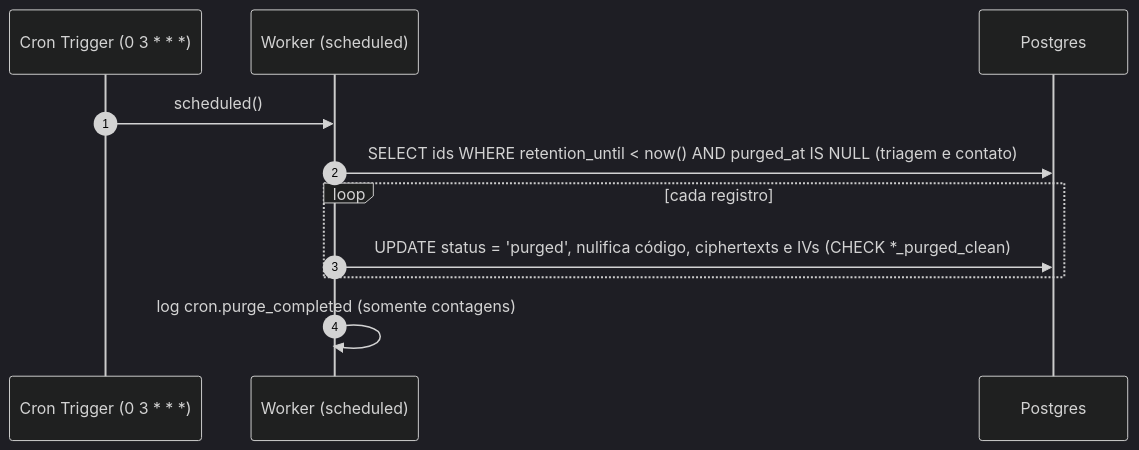
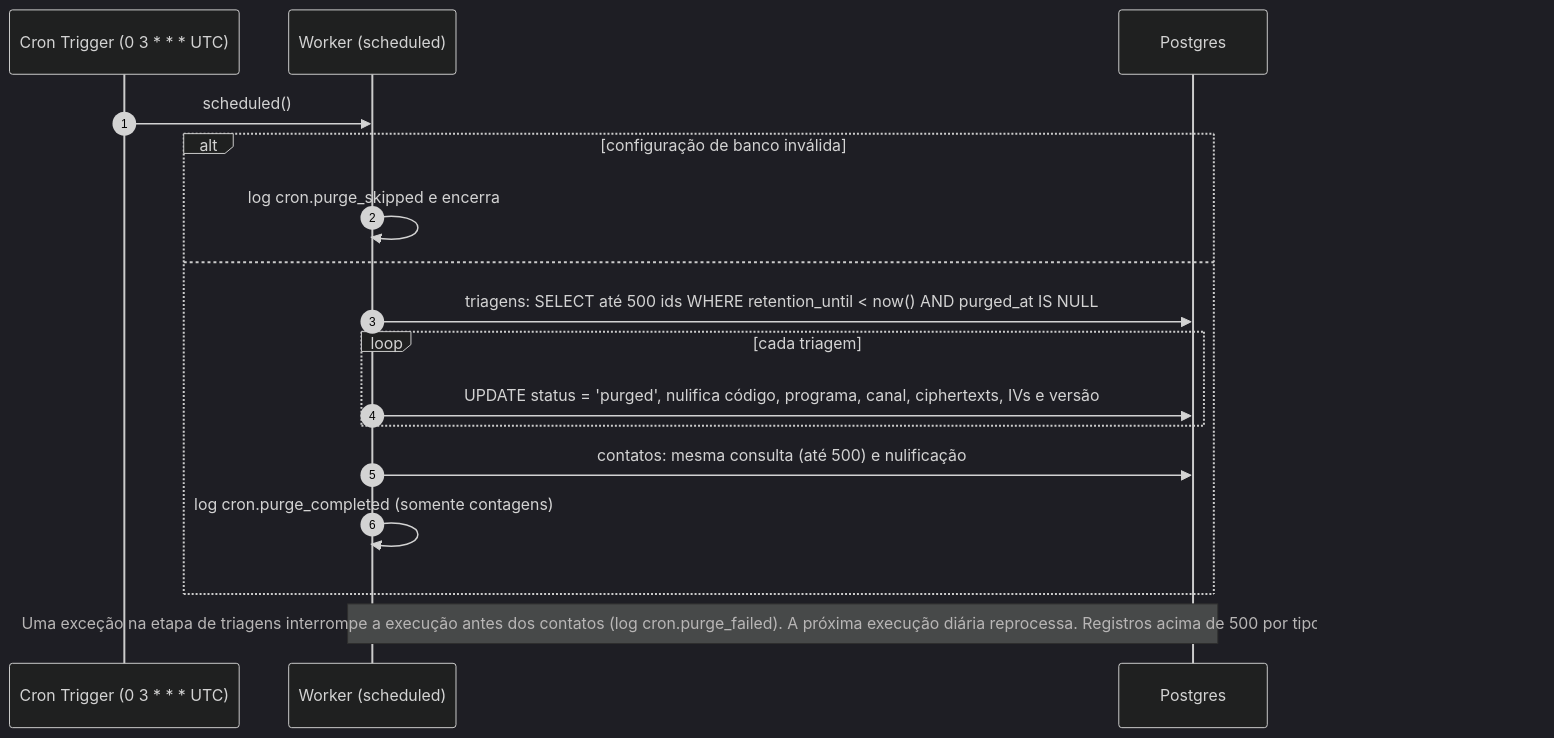
The fifth of 6 diagrams in docs/architecture/sequence-diagrams.md (purelifeministriesbrasil/documentation), drawn with Mermaid (dark theme) before and after one commit. The commit also changed other lines of this file and 36 other files, not shown here.

````diff
--- a/docs/architecture/sequence-diagrams.md
+++ b/docs/architecture/sequence-diagrams.md
@@ -117,14 +142,20 @@
 ```mermaid
 sequenceDiagram
     autonumber
-    participant C as Cron Trigger (0 3 * * *)
+    participant C as Cron Trigger (0 3 * * * UTC)
     participant W as Worker (scheduled)
     participant DB as Postgres
 
     C->>W: scheduled()
-    W->>DB: SELECT ids WHERE retention_until < now() AND purged_at IS NULL (triagem e contato)
-    loop cada registro
-        W->>DB: UPDATE status = 'purged', nulifica código, ciphertexts e IVs (CHECK *_purged_clean)
+    alt configuração de banco inválida
+        W->>W: log cron.purge_skipped e encerra
+    else
+        W->>DB: triagens: SELECT até 500 ids WHERE retention_until < now() AND purged_at IS NULL
+        loop cada triagem
+            W->>DB: UPDATE status = 'purged', nulifica código, programa, canal, ciphertexts, IVs e versão
+        end
+        W->>DB: contatos: mesma consulta (até 500) e nulificação
+        W->>W: log cron.purge_completed (somente contagens)
     end
-    W->>W: log cron.purge_completed (somente contagens)
+    Note over W,DB: Uma exceção na etapa de triagens interrompe a execução antes dos contatos (log cron.purge_failed). A próxima execução diária reprocessa. Registros acima de 500 por tipo ficam para os dias seguintes.
 ```
````
